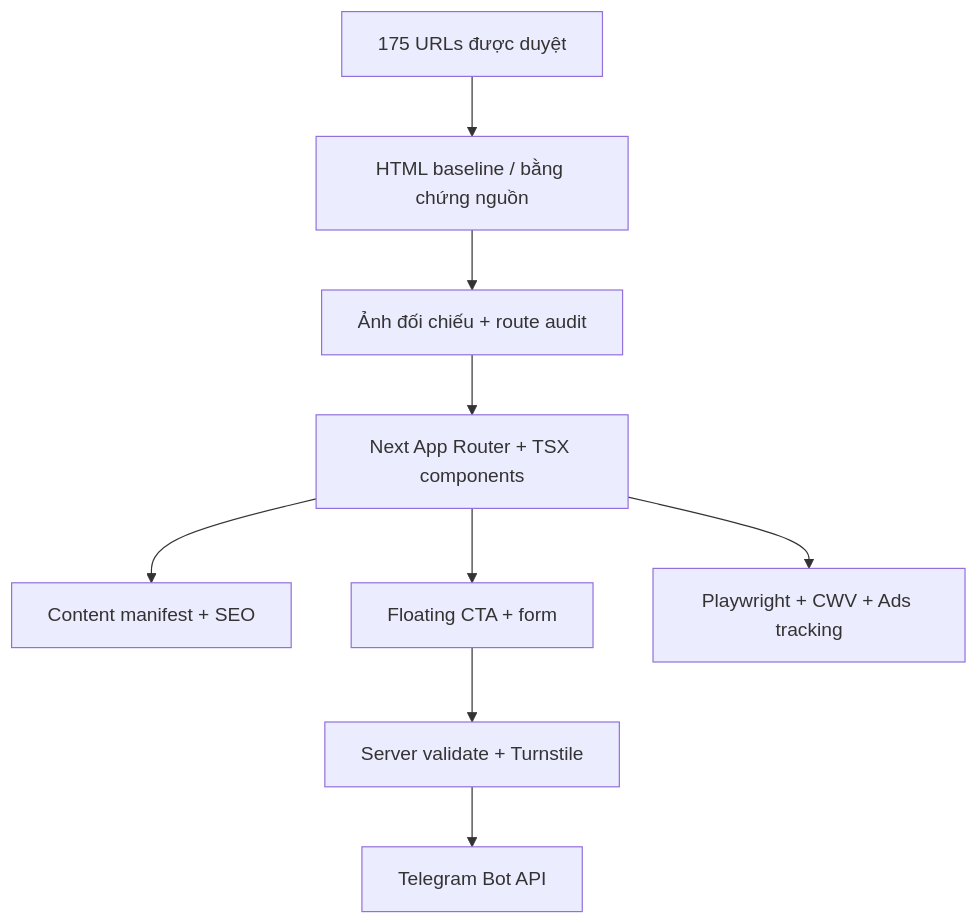
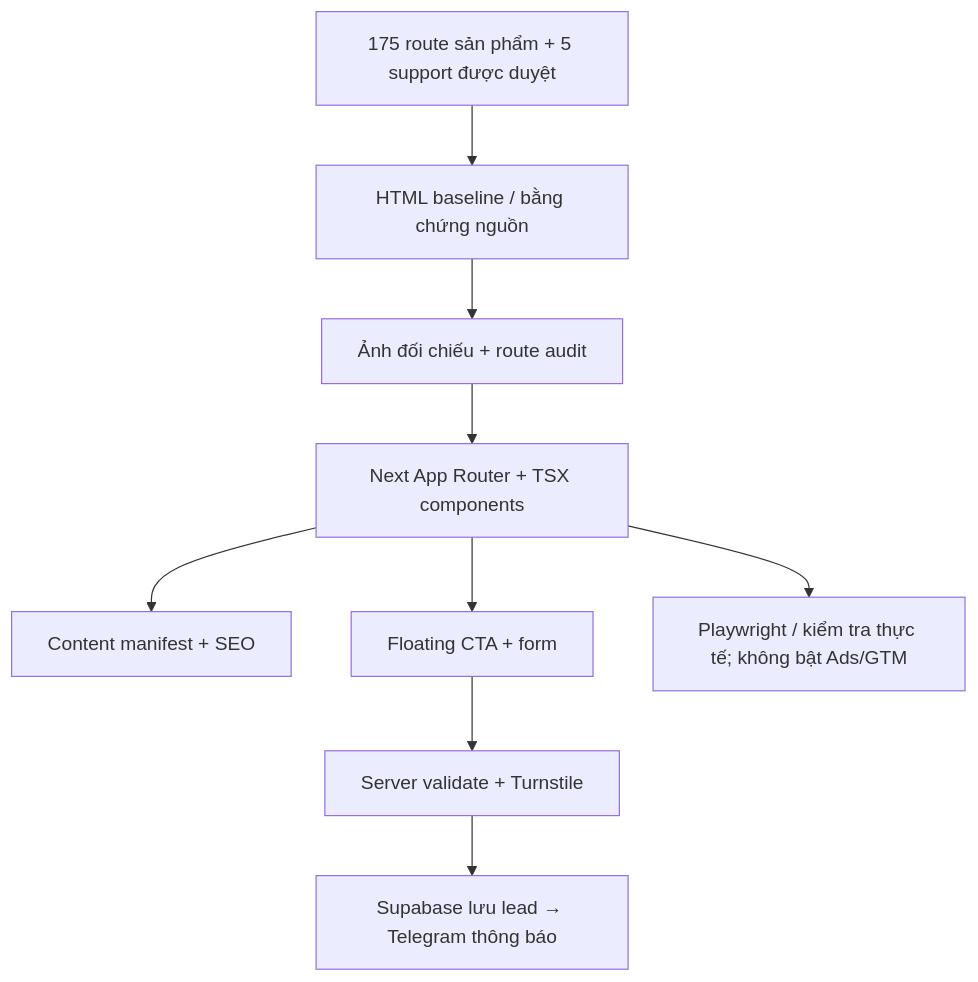
One commit to sinhdevops/viettelwifii changed the diagram in docs/ARCHITECTURE.md. Above: the diagram before and after it, drawn with Mermaid. The commit also changed other lines of this file and 402 other files, not shown here.

````diff
--- a/docs/ARCHITECTURE.md
+++ b/docs/ARCHITECTURE.md
@@ -3,11 +3,11 @@
 ```mermaid
 flowchart TD
-    A["175 URLs được duyệt"] --> B["HTML baseline / bằng chứng nguồn"]
+    A["175 route sản phẩm + 5 support được duyệt"] --> B["HTML baseline / bằng chứng nguồn"]
     B --> C["Ảnh đối chiếu + route audit"]
     C --> D["Next App Router + TSX components"]
     D --> E["Content manifest + SEO"]
     D --> F["Floating CTA + form"]
     F --> G["Server validate + Turnstile"]
-    G --> H["Telegram Bot API"]
-    D --> I["Playwright + CWV + Ads tracking"]
+    G --> H["Supabase lưu lead → Telegram thông báo"]
+    D --> I["Playwright / kiểm tra thực tế; không bật Ads/GTM"]
 ```
````
